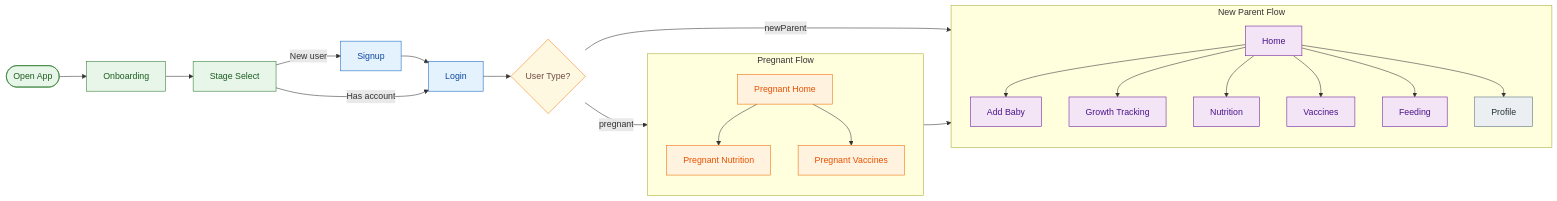
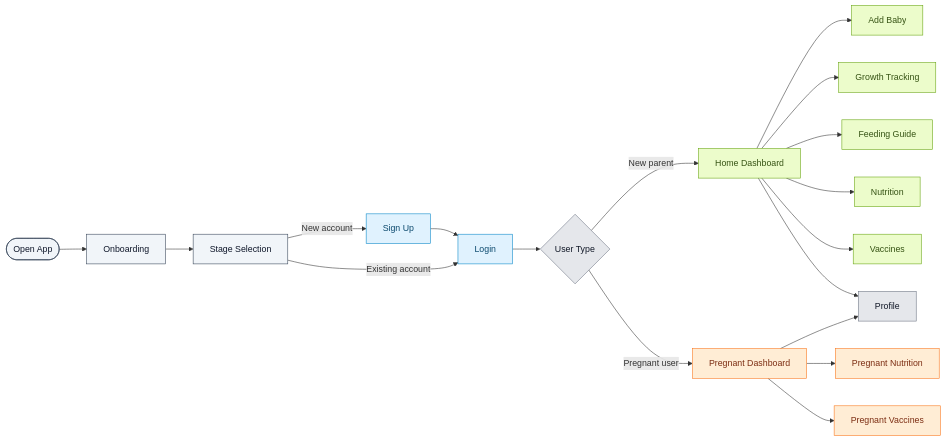
The second of 3 diagrams in about.md (cookie-here/NutriTrack), drawn with Mermaid before and after one commit. The commit also changed other lines of this file, not shown here.

````diff
--- a/about.md
+++ b/about.md
@@ -201,36 +205,27 @@
 ```mermaid
 flowchart LR
-  classDef entry fill:#e8f5e9,stroke:#2e7d32,stroke-width:1px,color:#1b5e20
-  classDef auth fill:#e3f2fd,stroke:#1565c0,stroke-width:1px,color:#0d47a1
-  classDef decision fill:#fff8e1,stroke:#f57f17,stroke-width:1px,color:#6d4c41
-  classDef parent fill:#f3e5f5,stroke:#6a1b9a,stroke-width:1px,color:#4a148c
-  classDef preg fill:#fff3e0,stroke:#ef6c00,stroke-width:1px,color:#e65100
-  classDef shared fill:#eceff1,stroke:#546e7a,stroke-width:1px,color:#263238
+  classDef entry fill:#f1f5f9,stroke:#334155,color:#0f172a
+  classDef auth fill:#e0f2fe,stroke:#0284c7,color:#0c4a6e
+  classDef parent fill:#ecfccb,stroke:#65a30d,color:#365314
+  classDef preg fill:#ffedd5,stroke:#f97316,color:#7c2d12
+  classDef shared fill:#e5e7eb,stroke:#6b7280,color:#111827
 
-  Start([Open App]):::entry --> Onboarding[Onboarding]:::entry --> Stage[Stage Select]:::entry
+  Start([Open App]):::entry --> Onboarding[Onboarding]:::entry --> Stage[Stage Selection]:::entry
+  Stage -->|New account| Signup[Sign Up]:::auth --> Login[Login]:::auth
+  Stage -->|Existing account| Login
+  Login --> UserType{User Type}:::shared
 
-  Stage -->|New user| Signup[Signup]:::auth --> Login[Login]:::auth
-  Stage -->|Has account| Login
+  UserType -->|New parent| ParentHome[Home Dashboard]:::parent
+  UserType -->|Pregnant user| PregHome[Pregnant Dashboard]:::preg
 
-  Login --> Auth{User Type?}:::decision
+  ParentHome --> AddBaby[Add Baby]:::parent
+  ParentHome --> Growth[Growth Tracking]:::parent
+  ParentHome --> Feeding[Feeding Guide]:::parent
+  ParentHome --> Nutrition[Nutrition]:::parent
+  ParentHome --> Vaccines[Vaccines]:::parent
+  ParentHome --> Profile[Profile]:::shared
 
-  subgraph Parent[New Parent Flow]
-    direction TB
-    ParentHome[Home]:::parent --> AddBaby[Add Baby]:::parent
-    ParentHome --> Growth[Growth Tracking]:::parent
-    ParentHome --> Nutrition[Nutrition]:::parent
-    ParentHome --> Vaccines[Vaccines]:::parent
-    ParentHome --> Feeding[Feeding]:::parent
-    ParentHome --> Profile[Profile]:::shared
-  end
-
-  subgraph Preg[Pregnant Flow]
-    direction TB
-    PregHome[Pregnant Home]:::preg --> PregNutrition[Pregnant Nutrition]:::preg
-    PregHome --> PregVaccines[Pregnant Vaccines]:::preg
-    PregHome --> Profile
-  end
-
-  Auth -->|newParent| ParentHome
-  Auth -->|pregnant| PregHome
+  PregHome --> PregNutrition[Pregnant Nutrition]:::preg
+  PregHome --> PregVaccines[Pregnant Vaccines]:::preg
+  PregHome --> Profile
 ```
````
